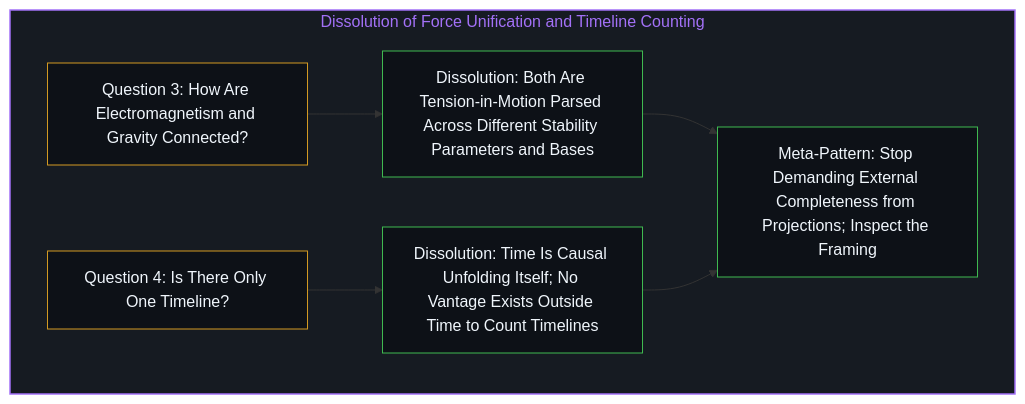
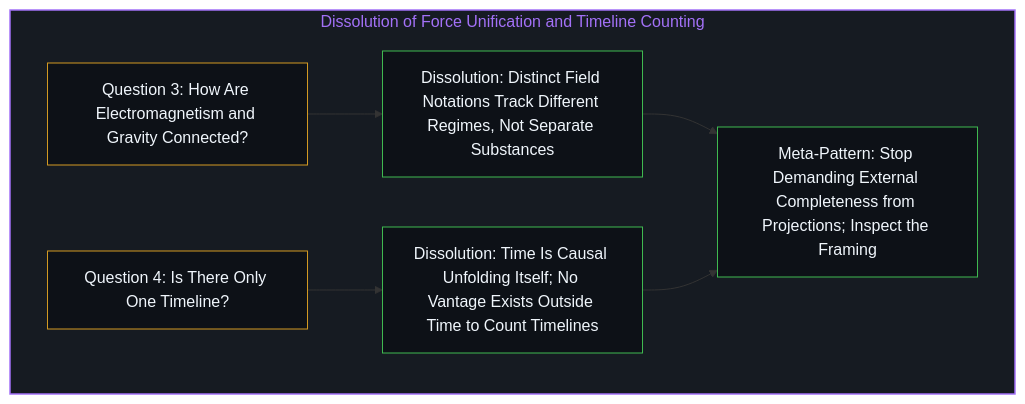
One commit to powerpig99/not-a-toe changed the fourth of 4 diagrams in content/posts/four-night-questions.md. Above: the diagram before and after it, drawn with Mermaid. The commit also changed other lines of this file and 4 other files, not shown here.

````diff
--- a/content/posts/four-night-questions.md
+++ b/content/posts/four-night-questions.md
@@ -71,15 +71,15 @@
 ```mermaid
 graph TD
     subgraph S_Q34["Dissolution of Force Unification and Timeline Counting"]
-        Q3["Question 3: How Are Electromagnetism and Gravity Connected?"] --> D3["Dissolution: Both Are Tension-in-Motion Parsed Across Different Stability Parameters and Bases"]
+        Q3["Question 3: How Are Electromagnetism and Gravity Connected?"] --> D3["Dissolution: Distinct Field Notations Track Different Regimes, Not Separate Substances"]
         Q4["Question 4: Is There Only One Timeline?"] --> D4["Dissolution: Time Is Causal Unfolding Itself; No Vantage Exists Outside Time to Count Timelines"]
         D3 --> M["Meta-Pattern: Stop Demanding External Completeness from Projections; Inspect the Framing"]
         D4 --> M
     end
     style S_Q34 fill:#161b22,stroke:#a371f7,stroke-width:1.5px,color:#a371f7
     style Q3 fill:#0d1117,stroke:#d29922,stroke-width:1px,color:#f0f6fc
     style D3 fill:#0d1117,stroke:#3fb950,stroke-width:1px,color:#f0f6fc
     style Q4 fill:#0d1117,stroke:#d29922,stroke-width:1px,color:#f0f6fc
     style D4 fill:#0d1117,stroke:#3fb950,stroke-width:1px,color:#f0f6fc
     style M fill:#0d1117,stroke:#3fb950,stroke-width:1px,color:#f0f6fc
 ```
````
